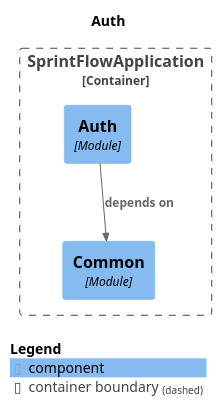
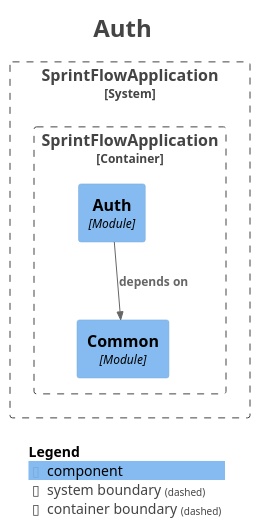
Before and after one commit to Mouaz7/sprintflow-insight: the diagram in docs/architecture/module-auth.puml, drawn with PlantUML. The commit also changed 48 other files, not shown here.

```diff
--- a/docs/architecture/module-auth.puml
+++ b/docs/architecture/module-auth.puml
@@ -1,19 +1,30 @@
 @startuml
+title <size:24>Auth</size>
+
 set separator none
-title Auth
+top to bottom direction
 
-top to bottom direction
+<style>
+  root {
+    BackgroundColor: #ffffff
+    FontColor: #444444
+  }
+</style>
 
 !include <C4/C4>
 !include <C4/C4_Context>
 !include <C4/C4_Component>
 
-Container_Boundary("SprintFlowApplication.SprintFlowApplication_boundary", "SprintFlowApplication", $tags="") {
-  Component(SprintFlowApplication.SprintFlowApplication.Common, "Common", $techn="Module", $descr="", $tags="", $link="")
-  Component(SprintFlowApplication.SprintFlowApplication.Auth, "Auth", $techn="Module", $descr="", $tags="", $link="")
+System_Boundary("SprintFlowApplication_boundary", "SprintFlowApplication", $tags="") {
+  Container_Boundary("SprintFlowApplication.SprintFlowApplication_boundary", "SprintFlowApplication", $tags="") {
+    Component(SprintFlowApplication.SprintFlowApplication.Common, "Common", $techn="Module", $descr="", $tags="", $link="")
+    Component(SprintFlowApplication.SprintFlowApplication.Auth, "Auth", $techn="Module", $descr="", $tags="", $link="")
+  }
+
 }
 
 Rel(SprintFlowApplication.SprintFlowApplication.Auth, SprintFlowApplication.SprintFlowApplication.Common, "depends on", $techn="", $tags="", $link="")
 
 SHOW_LEGEND(true)
+hide stereotypes
 @enduml
```
